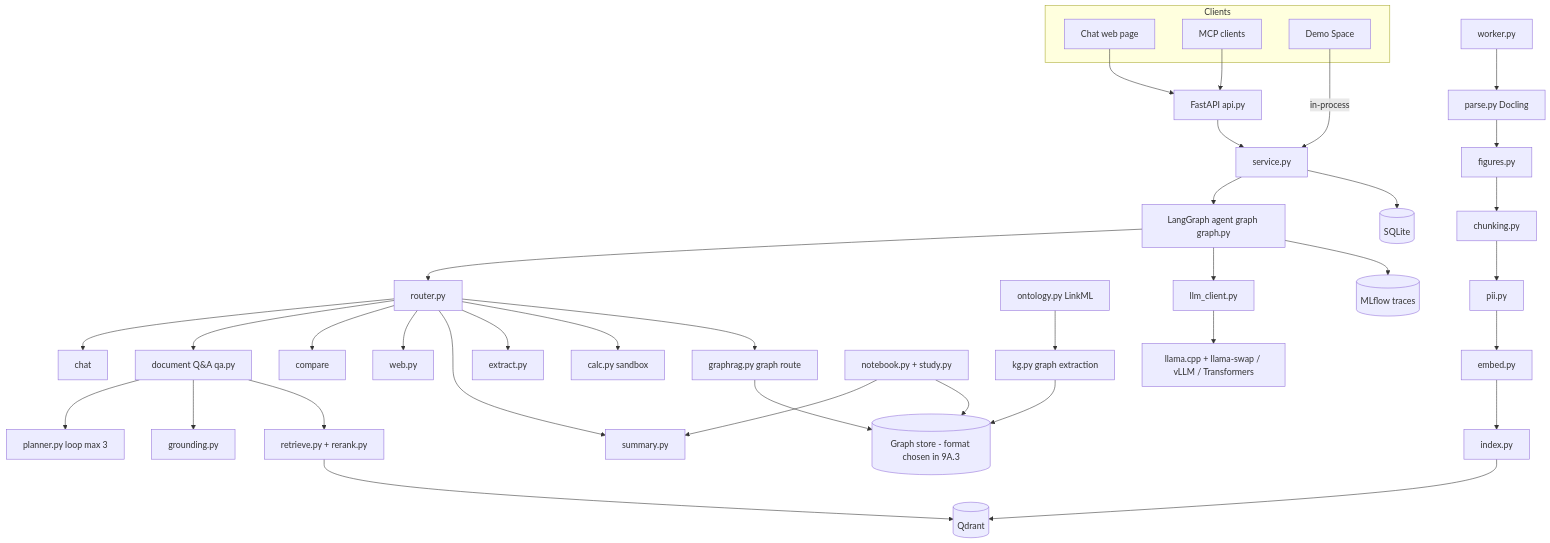
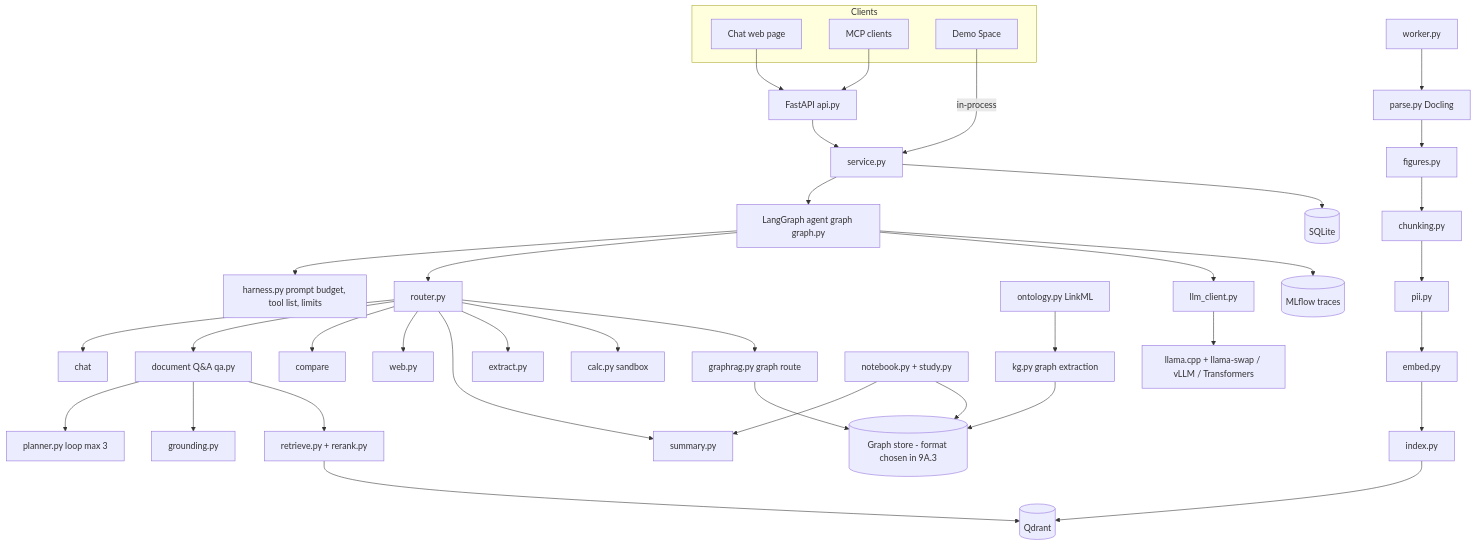
One commit to mdu-ai-lab/multiagent-ai-lab changed the first of 3 diagrams in docs/04-architecture/system-architecture.md. Above: the diagram before and after it, drawn with Mermaid. The commit also changed other lines of this file and 46 other files, not shown here.

Commit message:
Plan one agent harness module for the prompt budget, tool access, limits, safety rules and trace totals

````diff
--- a/docs/04-architecture/system-architecture.md
+++ b/docs/04-architecture/system-architecture.md
@@ -17,35 +17,36 @@
 ```mermaid
 flowchart TB
   subgraph Clients
     UI[Chat web page]
     MCP[MCP clients]
     DEMO[Demo Space]
   end
   API[FastAPI api.py] --> SVC[service.py]
   UI --> API
   MCP --> API
   DEMO -->|in-process| SVC
   SVC --> G[LangGraph agent graph graph.py]
+  G --> H[harness.py prompt budget, tool list, limits]
   G --> R[router.py]
   R --> CHAT[chat]
   R --> QA[document Q&A qa.py]
   R --> CMP[compare]
   R --> WEB[web.py]
   R --> SUM[summary.py]
   R --> EXT[extract.py]
   R --> CALC[calc.py sandbox]
   R --> GR2[graphrag.py graph route]
   GR2 --> KGS[(Graph store - format chosen in 9A.3)]
   ONT[ontology.py LinkML] --> KG[kg.py graph extraction] --> KGS
   NB[notebook.py + study.py] --> SUM
   NB --> KGS
   QA --> PL[planner.py loop max 3]
   QA --> GR[grounding.py]
   QA --> RET[retrieve.py + rerank.py]
   RET --> QD[(Qdrant)]
   G --> LLM[llm_client.py]
   LLM --> MS[llama.cpp + llama-swap / vLLM / Transformers]
   WK[worker.py] --> PARSE[parse.py Docling] --> FIG[figures.py] --> CH[chunking.py] --> PII[pii.py] --> EMB[embed.py] --> IDX[index.py] --> QD
   SVC --> DB[(SQLite)]
   G --> ML[(MLflow traces)]
 ```
````
